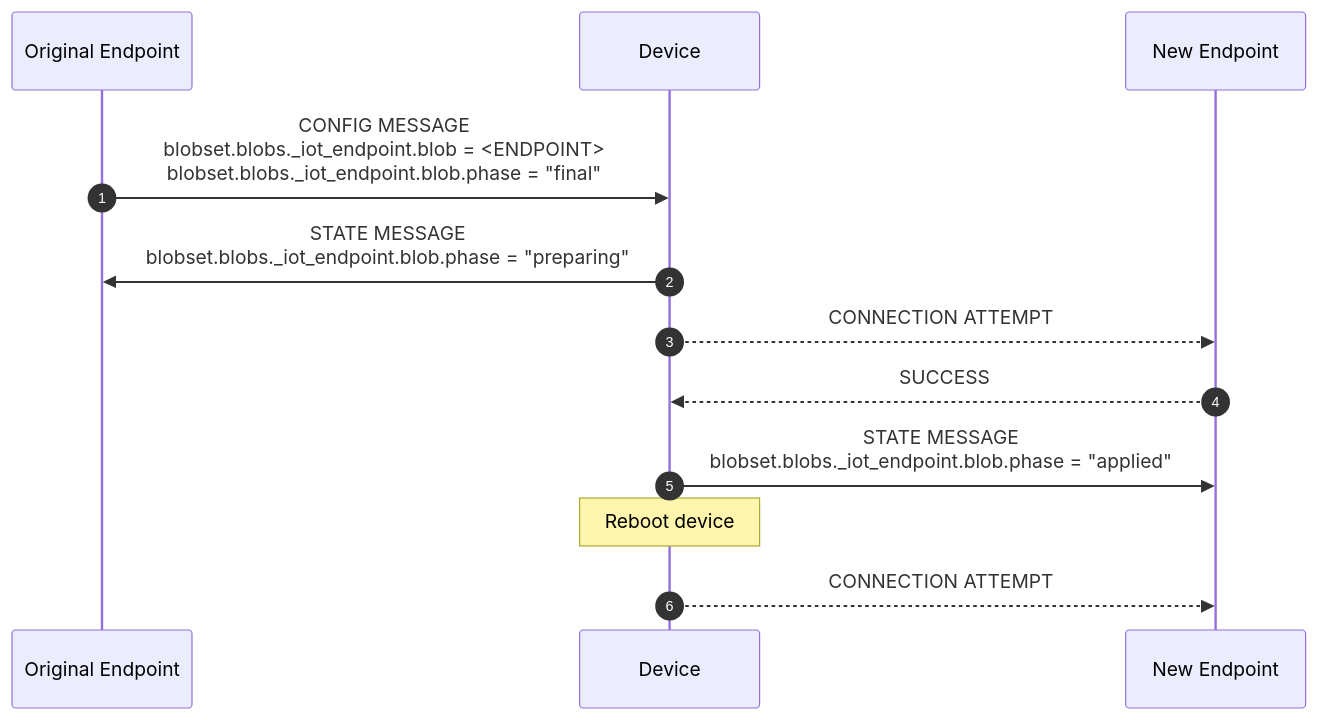
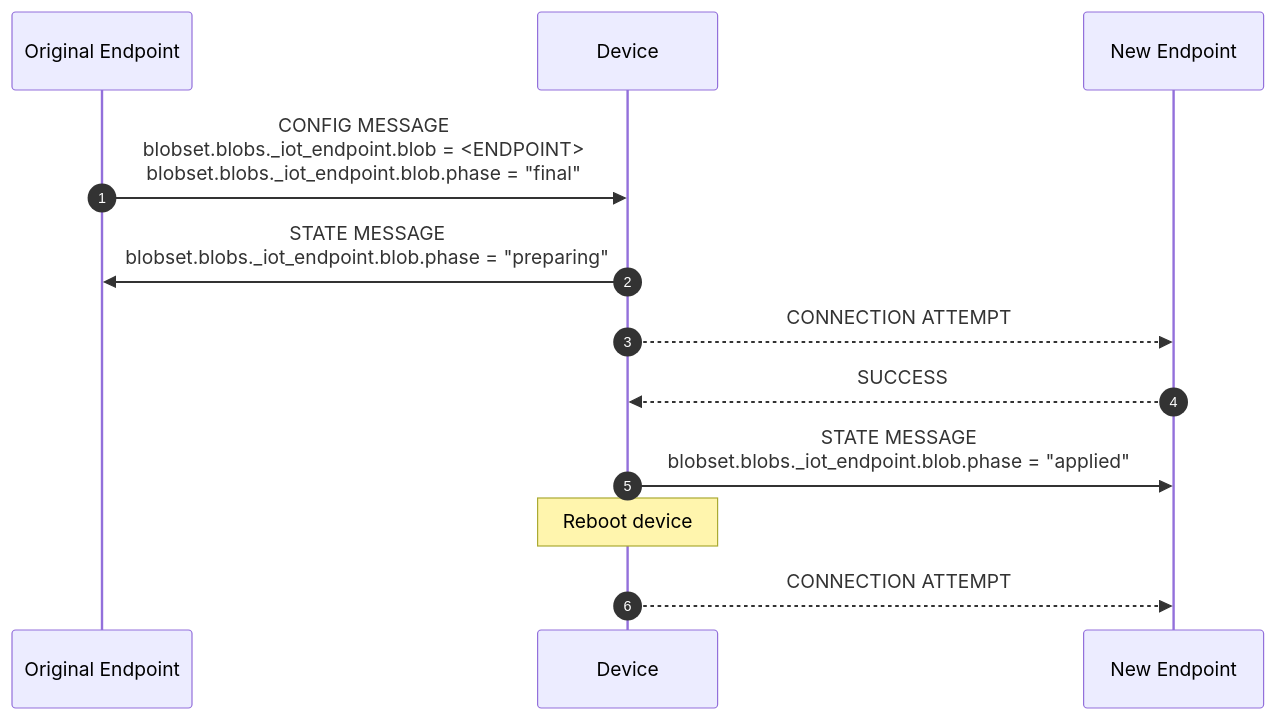
Before and after one commit to noursaidi/pages: the first of 2 diagrams in redirect.md, drawn with Mermaid. The commit also changed other lines of this file, not shown here.

````diff
--- a/redirect.md
+++ b/redirect.md
@@ -1,14 +1,15 @@
 ```mermaid
+%%{wrap}%%
 sequenceDiagram
     autonumber
     participant E as Original Endpoint
     participant D as Device
     participant E' as New Endpoint
     E->>D:CONFIG MESSAGE<br>blobset.blobs._iot_endpoint.blob = <ENDPOINT><br>blobset.blobs._iot_endpoint.blob.phase = "final"
     D->>E:STATE MESSAGE<BR>blobset.blobs._iot_endpoint.blob.phase = "preparing"
     D-->>E':CONNECTION ATTEMPT
     E'-->>D:SUCCESS
     D->>E':STATE MESSAGE<BR>blobset.blobs._iot_endpoint.blob.phase = "applied"
     note over D: Reboot device
     D-->>E':CONNECTION ATTEMPT
 ```
````
